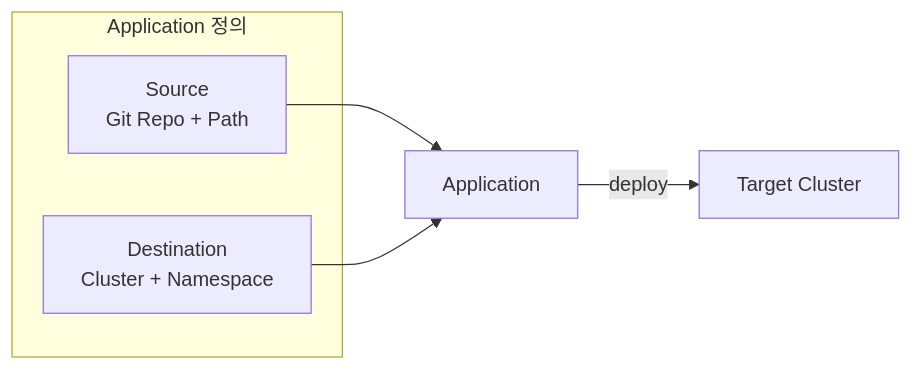
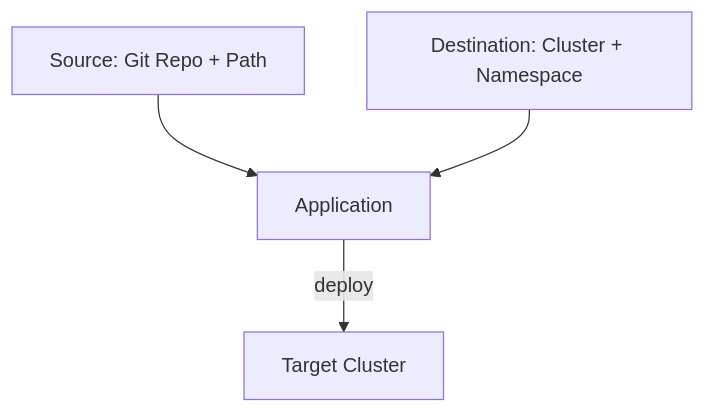
One commit to K-Diger/k-diger.github.io changed the fifth of 12 diagrams in _posts/2026-01-14-kubernetes-24-argocd.md. Above: the diagram before and after it, drawn with Mermaid. The commit also changed other lines of this file and 13 other files, not shown here.

````diff
--- a/_posts/2026-01-14-kubernetes-24-argocd.md
+++ b/_posts/2026-01-14-kubernetes-24-argocd.md
@@ -183,11 +189,11 @@
 ```mermaid
-flowchart LR
-    subgraph "Application 정의"
-        SOURCE[Source<br/>Git Repo + Path]
-        DEST[Destination<br/>Cluster + Namespace]
-    end
+flowchart TB
+    SOURCE[Source: Git Repo + Path]
+    DEST[Destination: Cluster + Namespace]
+    APP[Application]
+    TARGET[Target Cluster]
 
-    SOURCE --> APP[Application]
+    SOURCE --> APP
     DEST --> APP
-    APP -->|deploy| TARGET[Target Cluster]
+    APP -->|deploy| TARGET
 ```
````
